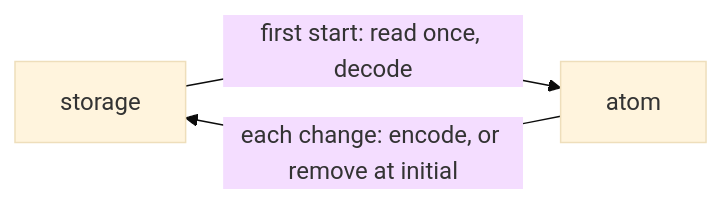
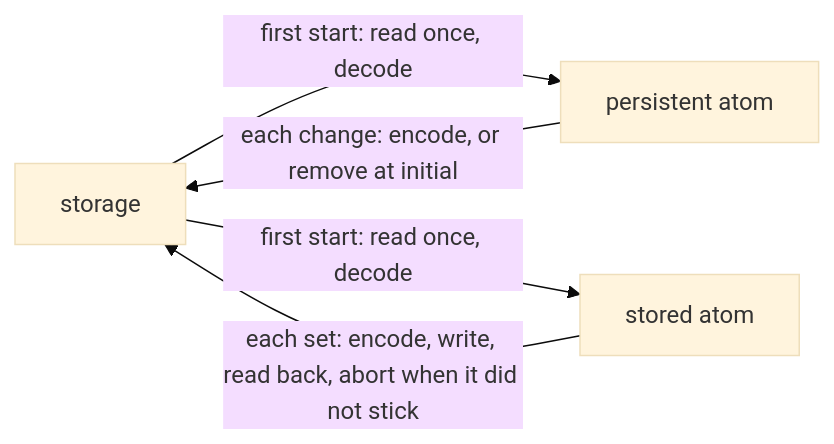
The diagram in packages/stores-persistent/README.md (paritytech/dotli-community), drawn with Mermaid (base theme) before and after one commit. The commit also changed other lines of this file and 10 other files, not shown here.

First line of the commit message:
feat(stores-persistent): add createStoredAtom, an atom that holds only what its storage keeps

````diff
--- a/packages/stores-persistent/README.md
+++ b/packages/stores-persistent/README.md
@@ -24,5 +27,7 @@
 ```mermaid
 flowchart LR
-  storage -- "first start: read once, decode" --> atom
-  atom -- "each change: encode, or remove at initial" --> storage
+  storage -- "first start: read once, decode" --> persistent[persistent atom]
+  persistent -- "each change: encode, or remove at initial" --> storage
+  storage -- "first start: read once, decode" --> stored[stored atom]
+  stored -- "each set: encode, write, read back, abort when it did not stick" --> storage
 ```
````
